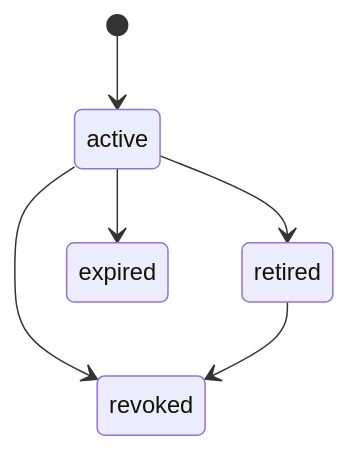
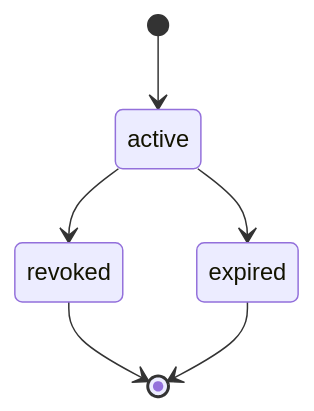
The second of 4 diagrams in specs/04-STATE-MACHINES.md (renxqoo/Authany), drawn with Mermaid before and after one commit. The commit also changed other lines of this file and 310 other files, not shown here.

Commit message:
feat: harden security flows and reorganize example apps

````diff
--- a/specs/04-STATE-MACHINES.md
+++ b/specs/04-STATE-MACHINES.md
@@ -65,8 +68,8 @@
 ```mermaid
 stateDiagram-v2
     [*] --> active
-    active --> retired
     active --> revoked
     active --> expired
-    retired --> revoked
+    revoked --> [*]
+    expired --> [*]
 ```
````
